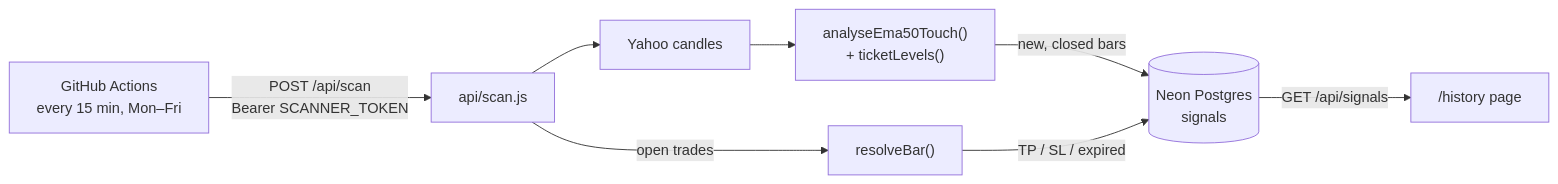
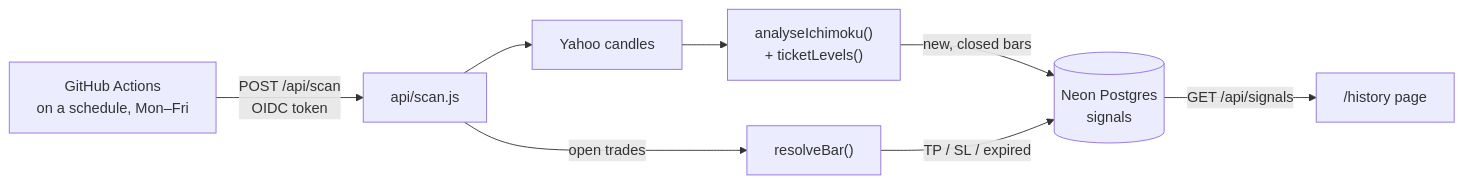
One commit to davide963-ux/ichialgo-ve-rea changed the eighth of 8 diagrams in README.md. Above: the diagram before and after it, drawn with Mermaid. The commit also changed other lines of this file and 56 other files, not shown here.

First line of the commit message:
Wire in the pure-Ichimoku strategy and delete the EMA/ATR path

````diff
--- a/README.md
+++ b/README.md
@@ -575,10 +646,10 @@
 ```mermaid
 flowchart LR
-    A["GitHub Actions<br/>every 15 min, Mon–Fri"] -->|"POST /api/scan<br/>Bearer SCANNER_TOKEN"| B["api/scan.js"]
+    A["GitHub Actions<br/>on a schedule, Mon–Fri"] -->|"POST /api/scan<br/>OIDC token"| B["api/scan.js"]
     B --> C["Yahoo candles"]
-    C --> D["analyseEma50Touch()<br/>+ ticketLevels()"]
+    C --> D["analyseIchimoku()<br/>+ ticketLevels()"]
     D -->|"new, closed bars"| E[("Neon Postgres<br/>signals")]
     B -->|"open trades"| F["resolveBar()"]
     F -->|"TP / SL / expired"| E
     E -->|"GET /api/signals"| G["/history page"]
 ```
````
